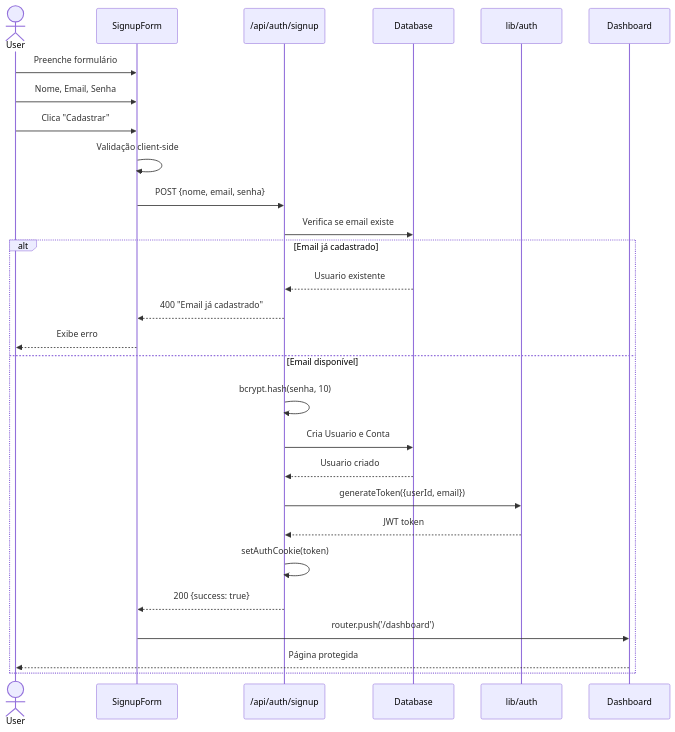
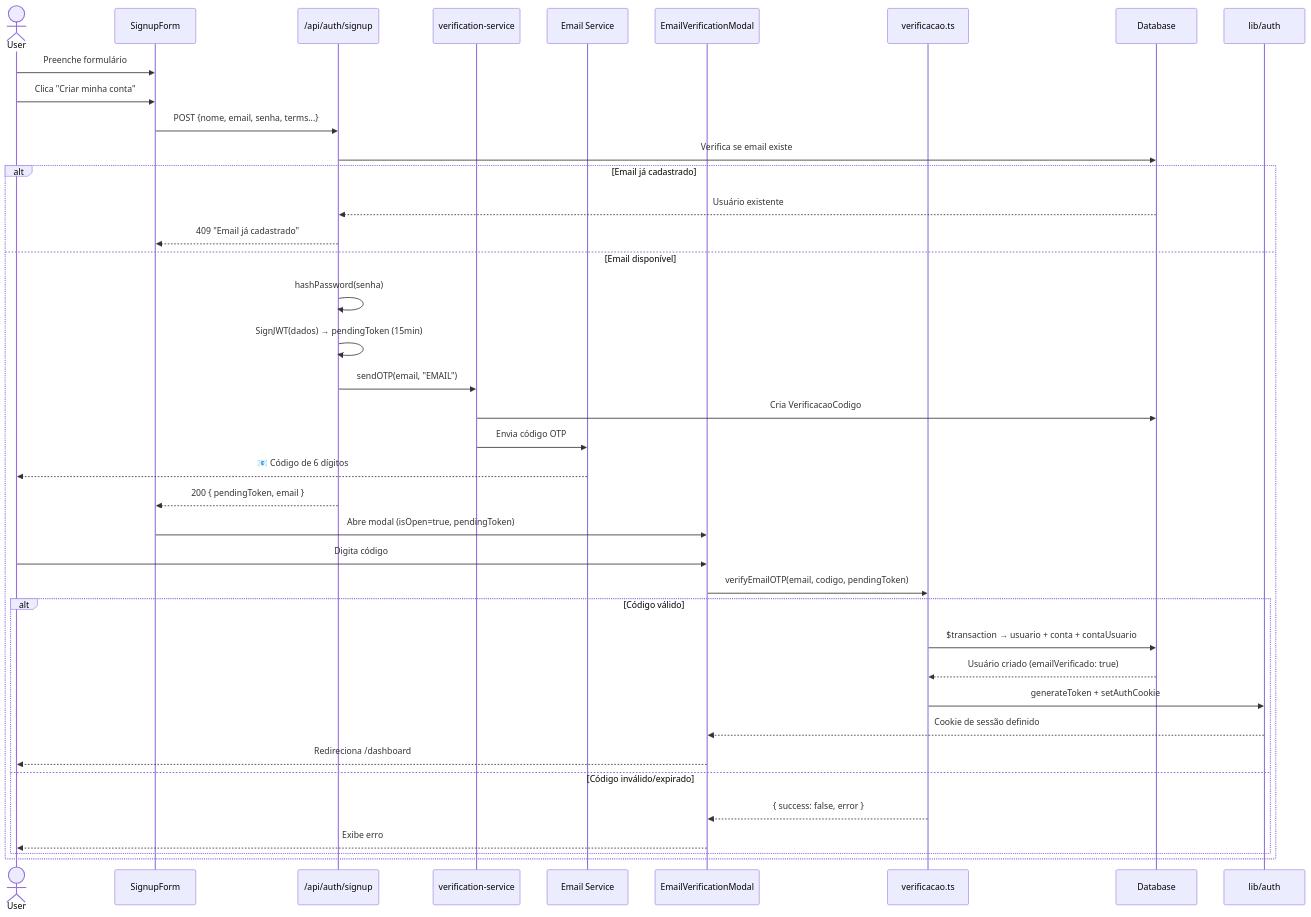
The third of 9 diagrams in docs/architecture/AUTHENTICATION_SYSTEM.md (MateusNGF/streamshare), drawn with Mermaid before and after one commit. The commit also changed other lines of this file and 34 other files, not shown here.

Commit message:
feat: Implement OTP verification, WhatsApp integration, and enhanced streaming management features.

````diff
--- a/docs/architecture/AUTHENTICATION_SYSTEM.md
+++ b/docs/architecture/AUTHENTICATION_SYSTEM.md
@@ -168,33 +174,45 @@
 ```mermaid
 sequenceDiagram
     actor User
     participant SignupForm
     participant API as /api/auth/signup
+    participant VerifService as verification-service
+    participant Email as Email Service
+    participant Modal as EmailVerificationModal
+    participant Action as verificacao.ts
     participant DB as Database
     participant Auth as lib/auth
-    participant Dashboard
 
     User->>SignupForm: Preenche formulário
-    User->>SignupForm: Nome, Email, Senha
-    User->>SignupForm: Clica "Cadastrar"
-    
-    SignupForm->>SignupForm: Validação client-side
-    SignupForm->>API: POST {nome, email, senha}
-    
+    User->>SignupForm: Clica "Criar minha conta"
+    SignupForm->>API: POST {nome, email, senha, terms...}
+
     API->>DB: Verifica se email existe
     alt Email já cadastrado
-        DB-->>API: Usuario existente
-        API-->>SignupForm: 400 "Email já cadastrado"
-        SignupForm-->>User: Exibe erro
+        DB-->>API: Usuário existente
+        API-->>SignupForm: 409 "Email já cadastrado"
     else Email disponível
-        API->>API: bcrypt.hash(senha, 10)
-        API->>DB: Cria Usuario e Conta
-        DB-->>API: Usuario criado
-        API->>Auth: generateToken({userId, email})
-        Auth-->>API: JWT token
-        API->>API: setAuthCookie(token)
-        API-->>SignupForm: 200 {success: true}
-        SignupForm->>Dashboard: router.push('/dashboard')
-        Dashboard-->>User: Página protegida
+        API->>API: hashPassword(senha)
+        API->>API: SignJWT(dados) → pendingToken (15min)
+        API->>VerifService: sendOTP(email, "EMAIL")
+        VerifService->>DB: Cria VerificacaoCodigo
+        VerifService->>Email: Envia código OTP
+        Email-->>User: 📧 Código de 6 dígitos
+        API-->>SignupForm: 200 { pendingToken, email }
+
+        SignupForm->>Modal: Abre modal (isOpen=true, pendingToken)
+        User->>Modal: Digita código
+        Modal->>Action: verifyEmailOTP(email, codigo, pendingToken)
+
+        alt Código válido
+            Action->>DB: $transaction → usuario + conta + contaUsuario
+            DB-->>Action: Usuário criado (emailVerificado: true)
+            Action->>Auth: generateToken + setAuthCookie
+            Auth-->>Modal: Cookie de sessão definido
+            Modal-->>User: Redireciona /dashboard
+        else Código inválido/expirado
+            Action-->>Modal: { success: false, error }
+            Modal-->>User: Exibe erro
+        end
     end
 ```
````
